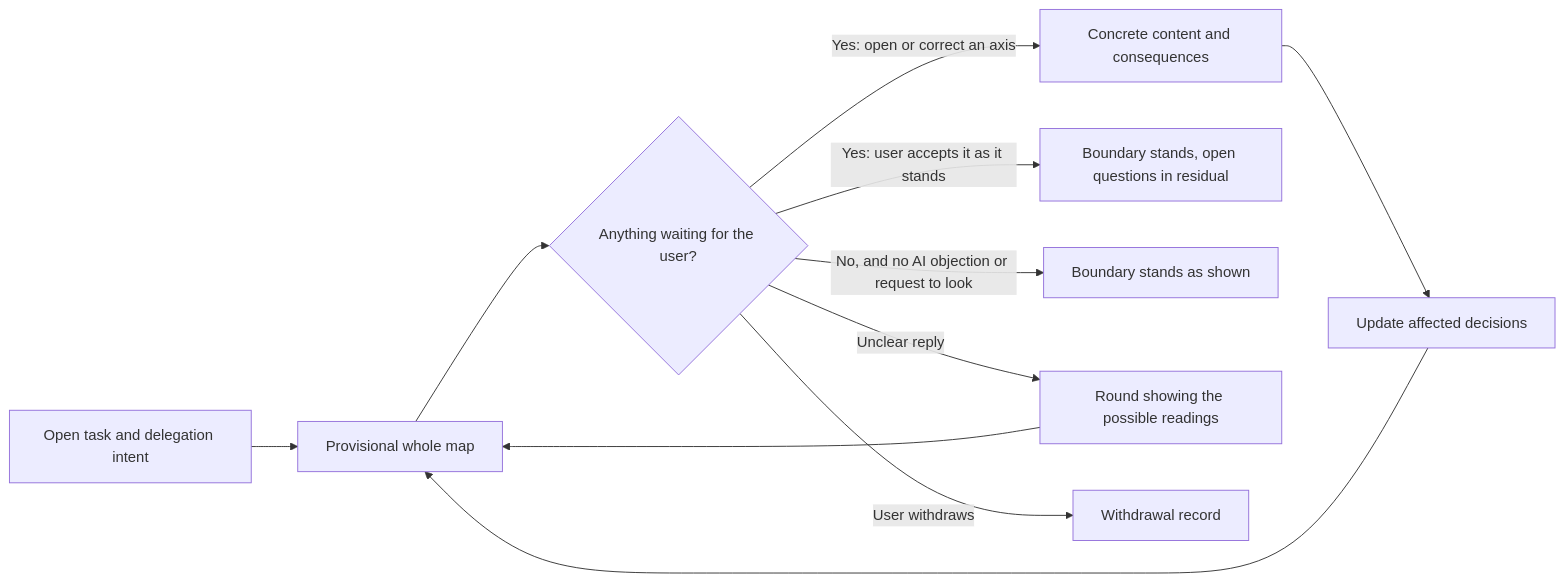
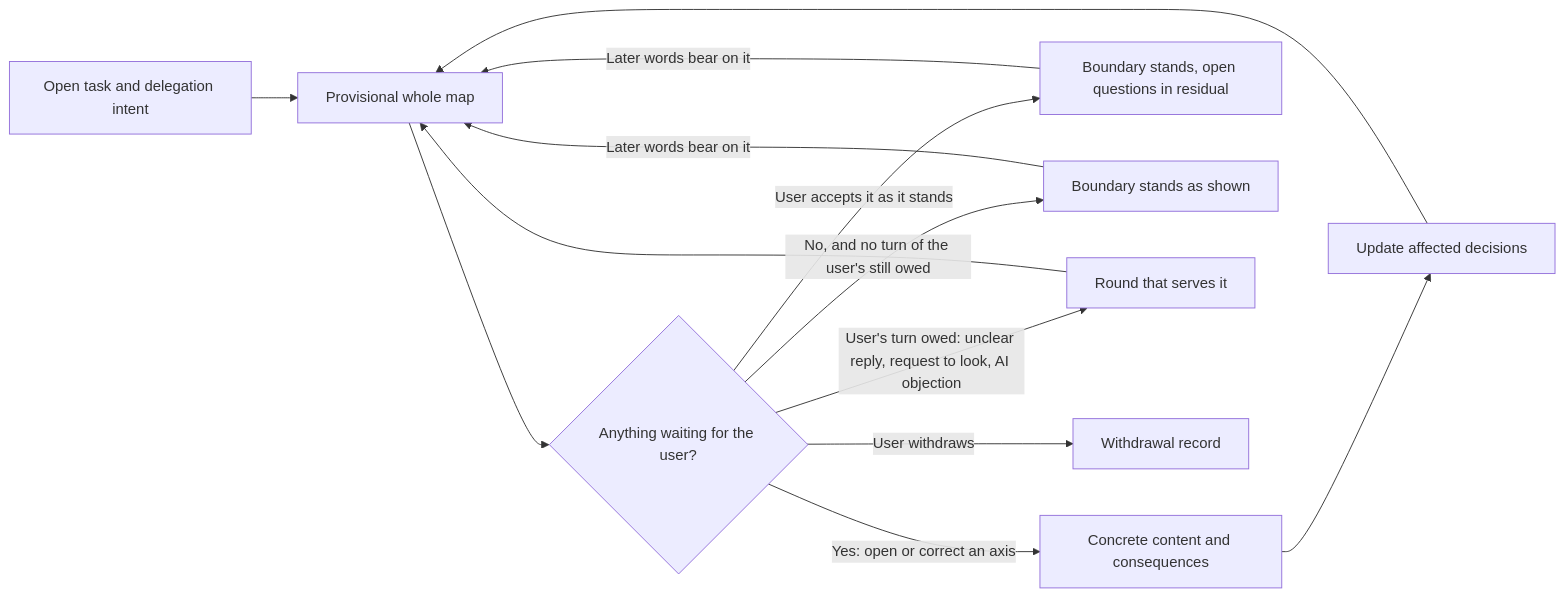
Before and after one commit to jongwony/epistemic-protocols: the diagram in horismos/README.md, drawn with Mermaid. The commit also changed other lines of this file and 5 other files, not shown here.

````diff
--- a/horismos/README.md
+++ b/horismos/README.md
@@ -9,13 +9,15 @@
 ```mermaid
 flowchart LR
     A[Open task and delegation intent] --> B[Provisional whole map]
     B --> C{Anything waiting for the user?}
     C -->|Yes: open or correct an axis| D[Concrete content and consequences]
     D --> E[Update affected decisions]
     E --> B
-    C -->|Yes: user accepts it as it stands| F[Boundary stands, open questions in residual]
-    C -->|No, and no AI objection or request to look| G[Boundary stands as shown]
-    C -->|Unclear reply| H[Round showing the possible readings]
+    C -->|User accepts it as it stands| F[Boundary stands, open questions in residual]
+    C -->|No, and no turn of the user's still owed| G[Boundary stands as shown]
+    C -->|User's turn owed: unclear reply, request to look, AI objection| H[Round that serves it]
     H --> B
     C -->|User withdraws| W[Withdrawal record]
+    F -->|Later words bear on it| B
+    G -->|Later words bear on it| B
 ```
````
